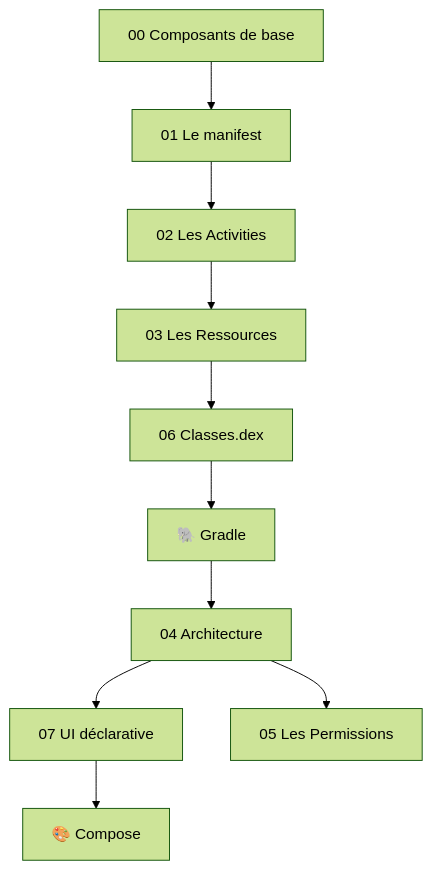
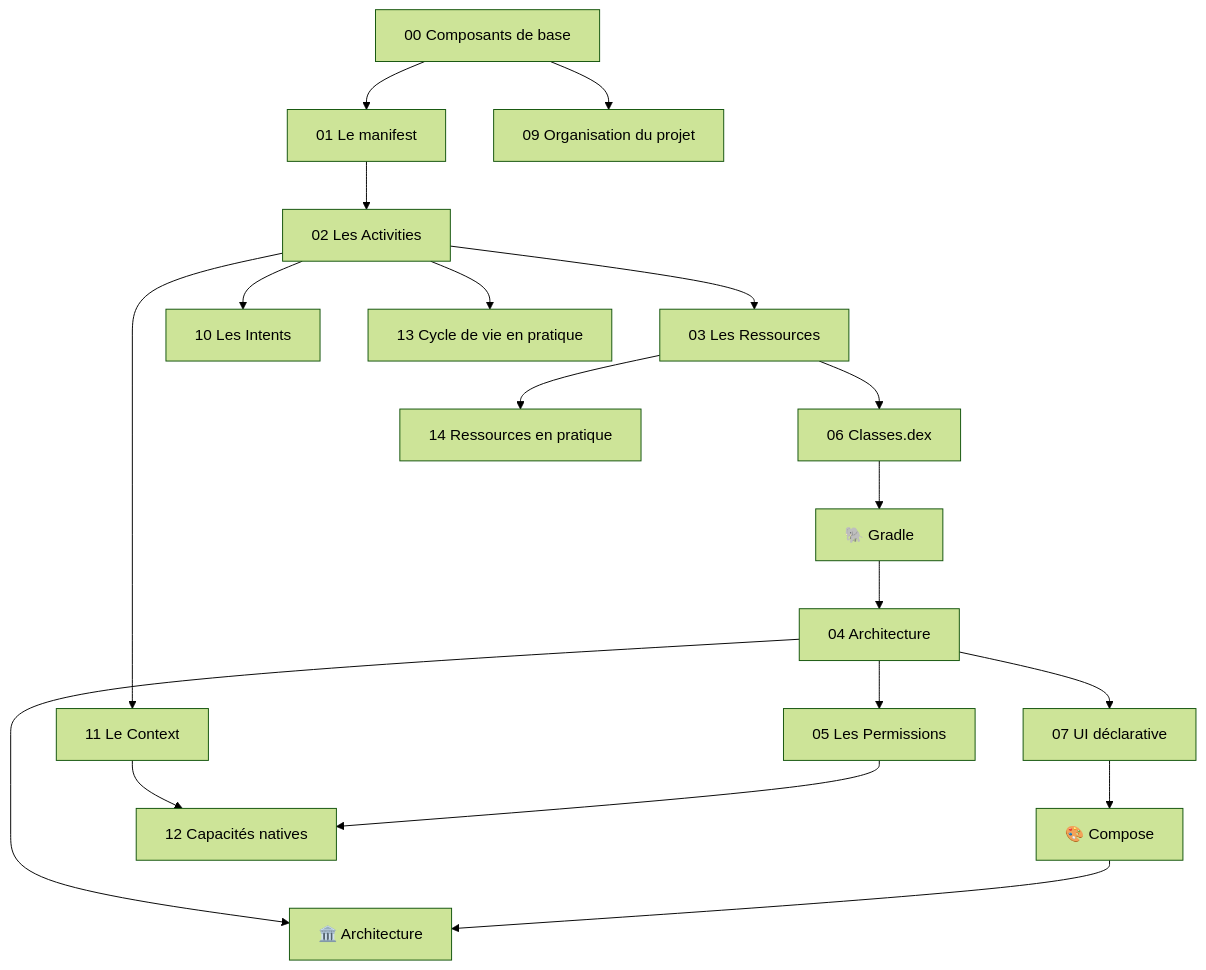
The diagram in doc_kotlin/kotlin.md (theopayet1/brain_bean), drawn with Mermaid (forest theme) before and after one commit. The commit also changed other lines of this file and 16 other files, not shown here.

````diff
--- a/doc_kotlin/kotlin.md
+++ b/doc_kotlin/kotlin.md
@@ -61,12 +81,21 @@
 ```mermaid
 flowchart TD
     I[00 Composants de base] --> M[01 Le manifest]
     M --> A[02 Les Activities]
     A --> R[03 Les Ressources]
     R --> D[06 Classes.dex]
     D --> G[🐘 Gradle]
     G --> AR[04 Architecture]
     AR --> U[07 UI déclarative]
     AR --> P[05 Les Permissions]
     U --> CP[🎨 Compose]
+    I --> O[09 Organisation du projet]
+    A --> IN[10 Les Intents]
+    A --> CX[11 Le Context]
+    A --> CV[13 Cycle de vie en pratique]
+    R --> RP[14 Ressources en pratique]
+    CX --> MG[12 Capacités natives]
+    P --> MG
+    AR --> ARC[🏛️ Architecture]
+    CP --> ARC
 ```
````
